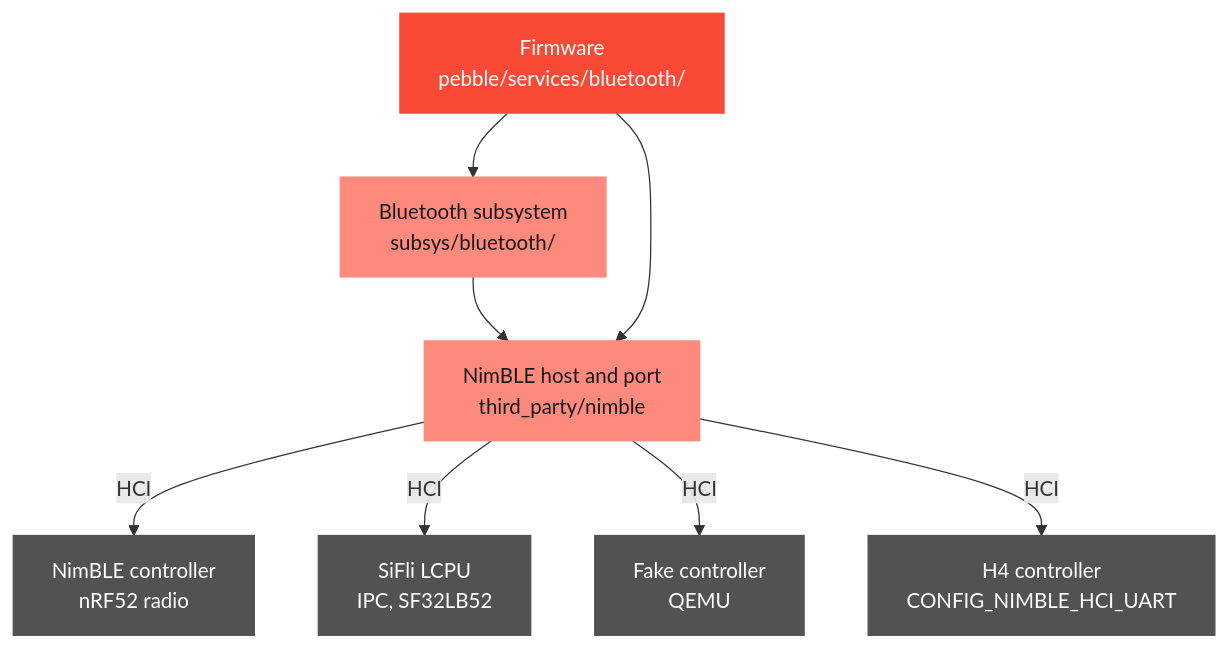
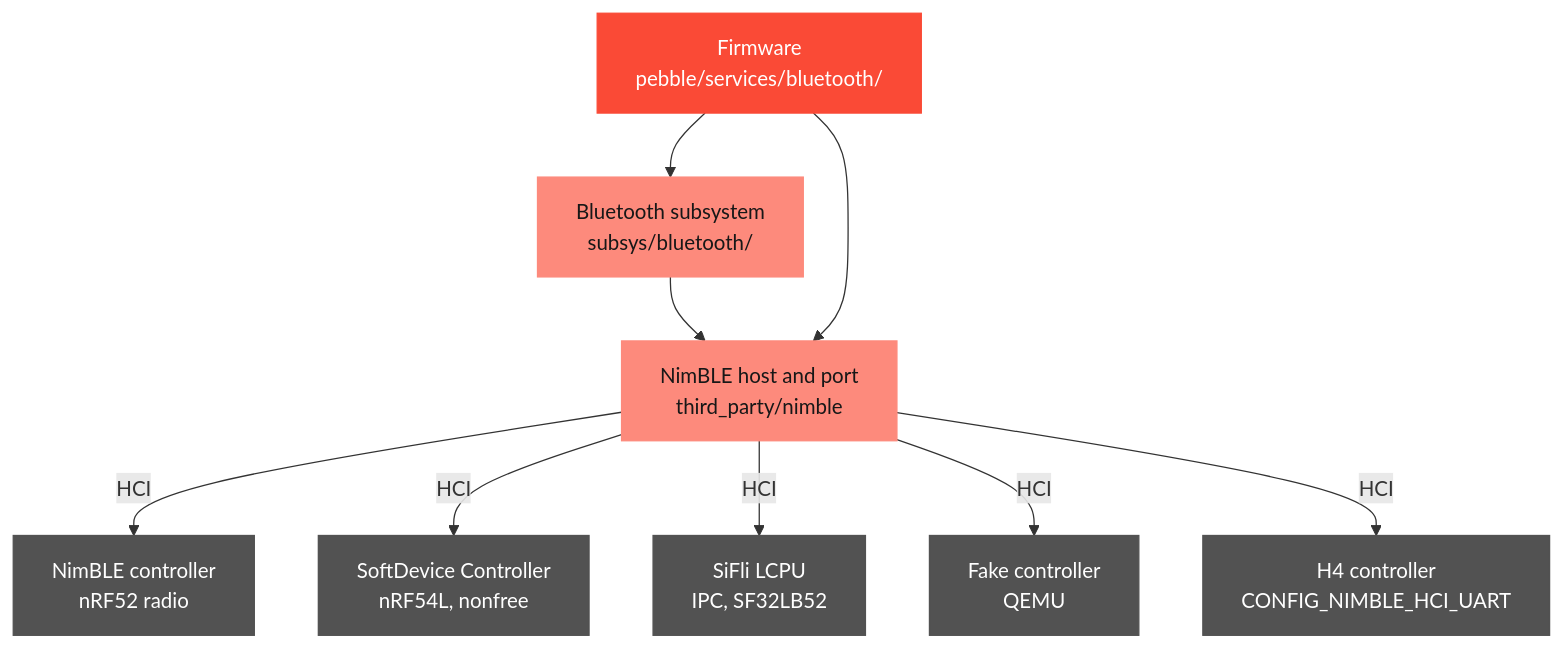
The diagram in docs/subsystems/bluetooth.md (coredevices/PebbleOS), drawn with Mermaid before and after one commit. The commit also changed other lines of this file and 8 other files, not shown here.

First line of the commit message:
third_party/nimble: add the SoftDevice Controller transport

````diff
--- a/docs/subsystems/bluetooth.md
+++ b/docs/subsystems/bluetooth.md
@@ -14,23 +14,25 @@
 ```{mermaid}
 flowchart TD
   fw["Firmware<br/>pebble/services/bluetooth/"]
   glue["Bluetooth subsystem<br/>subsys/bluetooth/"]
   nimble["NimBLE host and port<br/>third_party/nimble"]
   nrf["NimBLE controller<br/>nRF52 radio"]
+  sdc["SoftDevice Controller<br/>nRF54L, nonfree"]
   sifli["SiFli LCPU<br/>IPC, SF32LB52"]
   fake["Fake controller<br/>QEMU"]
   uart["H4 controller<br/>CONFIG_NIMBLE_HCI_UART"]
   fw --> glue --> nimble
   fw --> nimble
   nimble -- HCI --> nrf
+  nimble -- HCI --> sdc
   nimble -- HCI --> sifli
   nimble -- HCI --> fake
   nimble -- HCI --> uart
 
   classDef app fill:#fa4a36,stroke:#fa4a36,color:#ffffff
   classDef system fill:#fd8a7c,stroke:#fd8a7c,color:#171717
   classDef base fill:#525252,stroke:#525252,color:#ffffff
   class fw app
   class glue,nimble system
-  class nrf,sifli,fake,uart base
+  class nrf,sdc,sifli,fake,uart base
 ```
````
